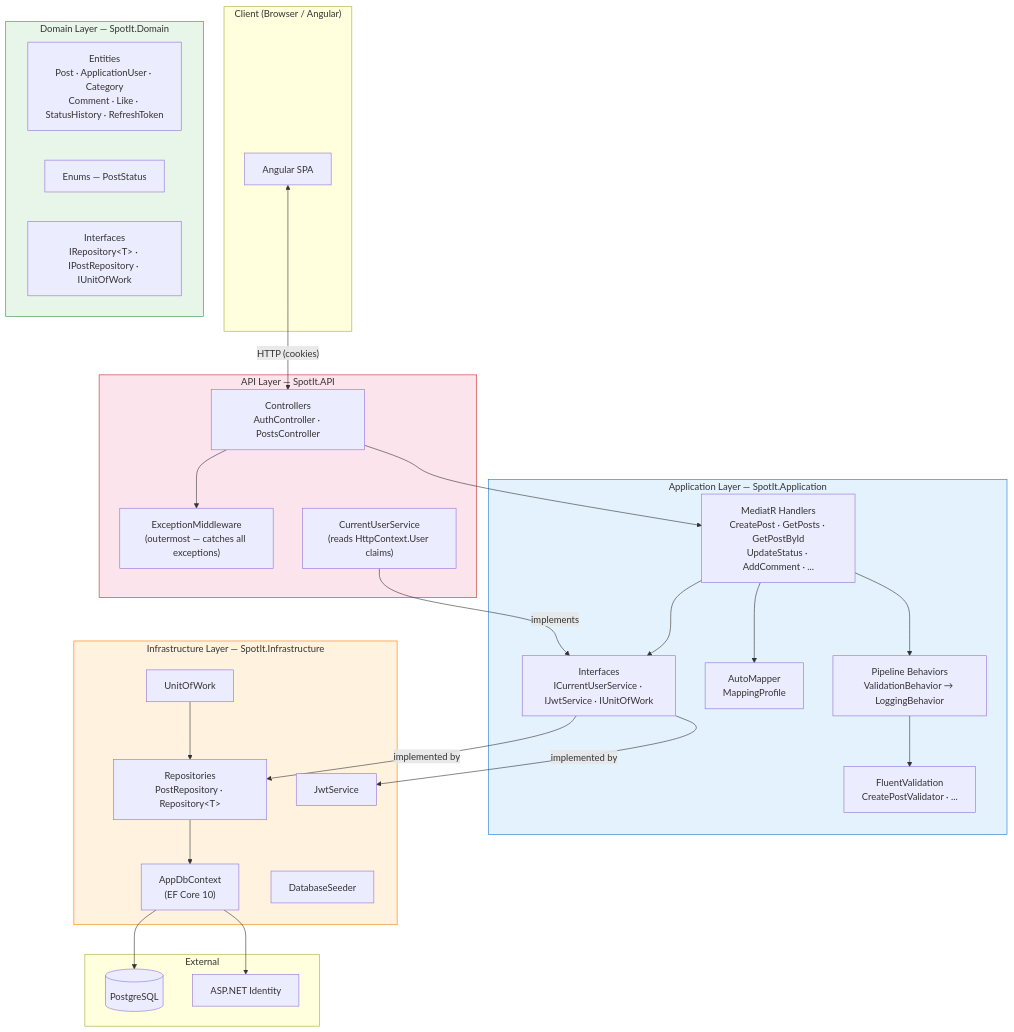
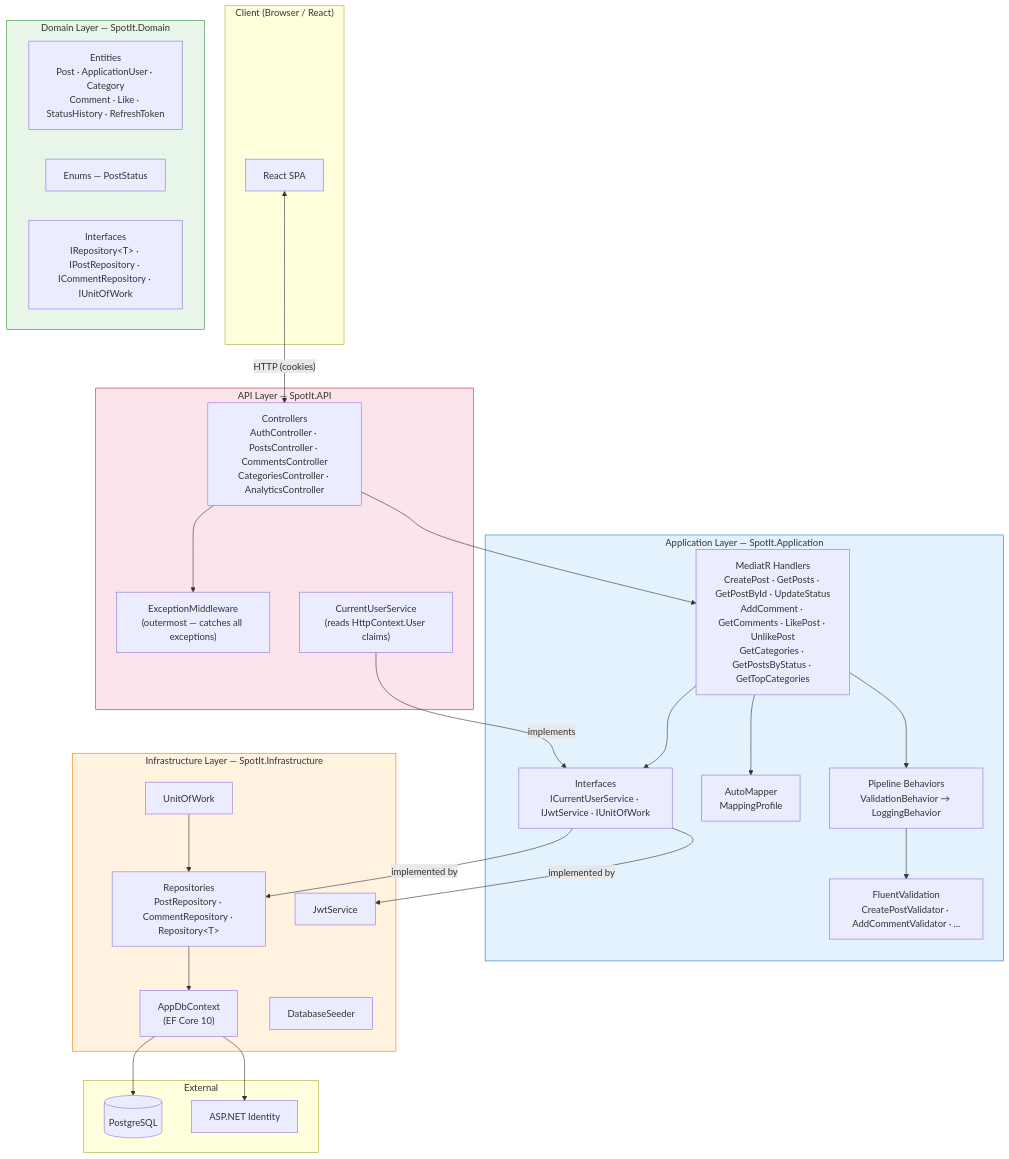
Before and after one commit to SpotIT-project/spotit-backend: the eighth of 10 diagrams in docs/diagrams.md, drawn with Mermaid. The commit also changed other lines of this file and 1 other file, not shown here.

Commit message:
Files for diagrams and api contract for the frontend

````diff
--- a/docs/diagrams.md
+++ b/docs/diagrams.md
@@ -346,59 +346,59 @@
 ```mermaid
 flowchart TB
-    subgraph Client["Client (Browser / Angular)"]
-        Angular["Angular SPA"]
+    subgraph Client["Client (Browser / React)"]
+        React["React SPA"]
     end
 
     subgraph API["API Layer — SpotIt.API"]
-        Controllers["Controllers\nAuthController · PostsController"]
+        Controllers["Controllers\nAuthController · PostsController · CommentsController\nCategoriesController · AnalyticsController"]
         Middleware["ExceptionMiddleware\n(outermost — catches all exceptions)"]
         CUS["CurrentUserService\n(reads HttpContext.User claims)"]
     end
 
     subgraph Application["Application Layer — SpotIt.Application"]
-        Handlers["MediatR Handlers\nCreatePost · GetPosts · GetPostById\nUpdateStatus · AddComment · ..."]
+        Handlers["MediatR Handlers\nCreatePost · GetPosts · GetPostById · UpdateStatus\nAddComment · GetComments · LikePost · UnlikePost\nGetCategories · GetPostsByStatus · GetTopCategories"]
         Behaviors["Pipeline Behaviors\nValidationBehavior → LoggingBehavior"]
-        Validators["FluentValidation\nCreatePostValidator · ..."]
+        Validators["FluentValidation\nCreatePostValidator · AddCommentValidator · ..."]
         Mapper["AutoMapper\nMappingProfile"]
         AppInterfaces["Interfaces\nICurrentUserService · IJwtService · IUnitOfWork"]
     end
 
     subgraph Infrastructure["Infrastructure Layer — SpotIt.Infrastructure"]
         DbCtx["AppDbContext\n(EF Core 10)"]
-        Repos["Repositories\nPostRepository · Repository&lt;T&gt;"]
+        Repos["Repositories\nPostRepository · CommentRepository · Repository&lt;T&gt;"]
         UoW["UnitOfWork"]
         JWT["JwtService"]
         Seed["DatabaseSeeder"]
     end
 
     subgraph Domain["Domain Layer — SpotIt.Domain"]
         Entities["Entities\nPost · ApplicationUser · Category\nComment · Like · StatusHistory · RefreshToken"]
         Enums["Enums — PostStatus"]
-        DomainIfaces["Interfaces\nIRepository&lt;T&gt; · IPostRepository · IUnitOfWork"]
+        DomainIfaces["Interfaces\nIRepository&lt;T&gt; · IPostRepository · ICommentRepository · IUnitOfWork"]
     end
 
     subgraph External["External"]
         PG[("PostgreSQL")]
         Identity["ASP.NET Identity"]
     end
 
-    Angular <-->|"HTTP (cookies)"| Controllers
+    React <-->|"HTTP (cookies)"| Controllers
     Controllers --> Middleware
     Controllers --> Handlers
     CUS -->|"implements"| AppInterfaces
     Handlers --> Behaviors
     Behaviors --> Validators
     Handlers --> Mapper
     Handlers --> AppInterfaces
     AppInterfaces -->|"implemented by"| Repos
     AppInterfaces -->|"implemented by"| JWT
     UoW --> Repos
     DbCtx --> PG
     DbCtx --> Identity
     Repos --> DbCtx
 
     style Domain fill:#e8f5e9,stroke:#388e3c
     style Application fill:#e3f2fd,stroke:#1976d2
     style Infrastructure fill:#fff3e0,stroke:#f57c00
     style API fill:#fce4ec,stroke:#c62828
 ```
````
